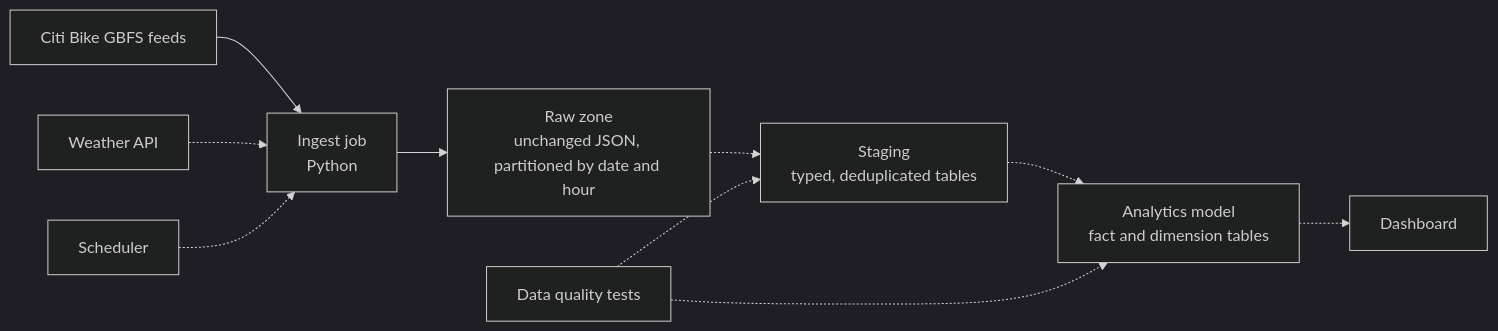
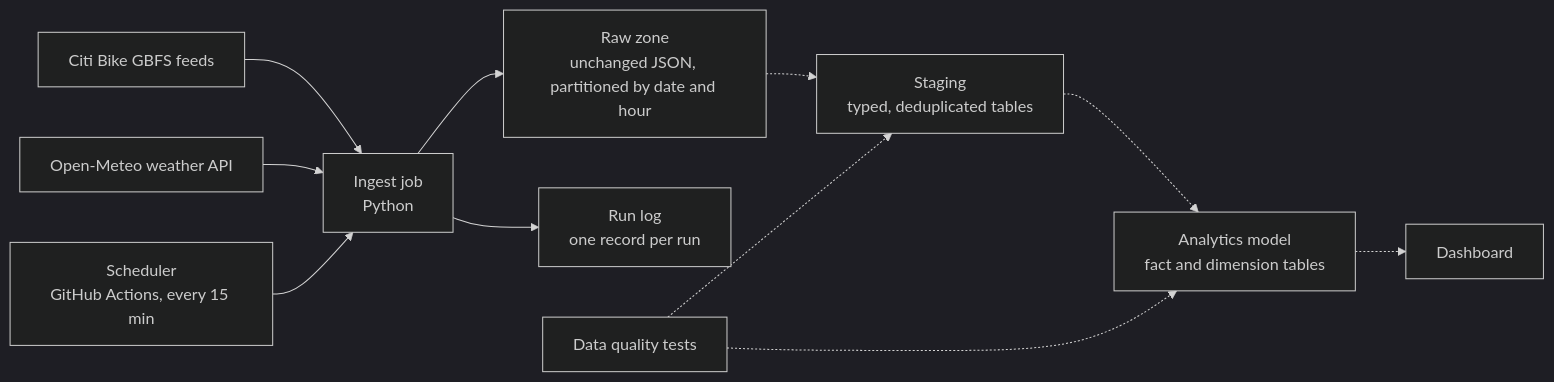
The diagram in README.md (DTOX10011/bikeshare-data-pipeline), drawn with Mermaid (dark theme) before and after one commit. The commit also changed other lines of this file and 5 other files, not shown here.

First line of the commit message:
Milestone 2: weather ingestion, run log, and scheduled collection

````diff
--- a/README.md
+++ b/README.md
@@ -11,12 +11,13 @@
 ```mermaid
 flowchart LR
     A[Citi Bike GBFS feeds] --> B[Ingest job<br>Python]
-    W[Weather API] -.-> B
+    W[Open-Meteo weather API] --> B
+    H[Scheduler<br>GitHub Actions, every 15 min] --> B
     B --> C[Raw zone<br>unchanged JSON, partitioned by date and hour]
+    B --> L[Run log<br>one record per run]
     C -.-> D[Staging<br>typed, deduplicated tables]
     D -.-> E[Analytics model<br>fact and dimension tables]
     E -.-> F[Dashboard]
     G[Data quality tests] -.-> D
     G -.-> E
-    H[Scheduler] -.-> B
 ```
````
